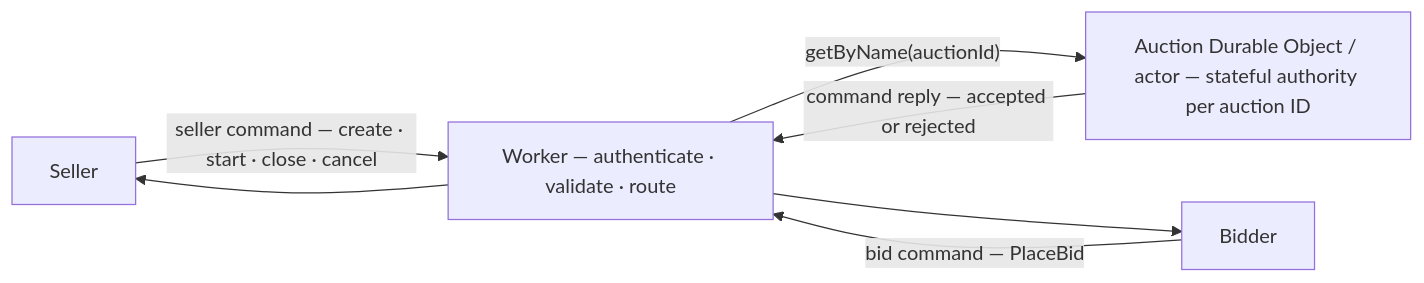
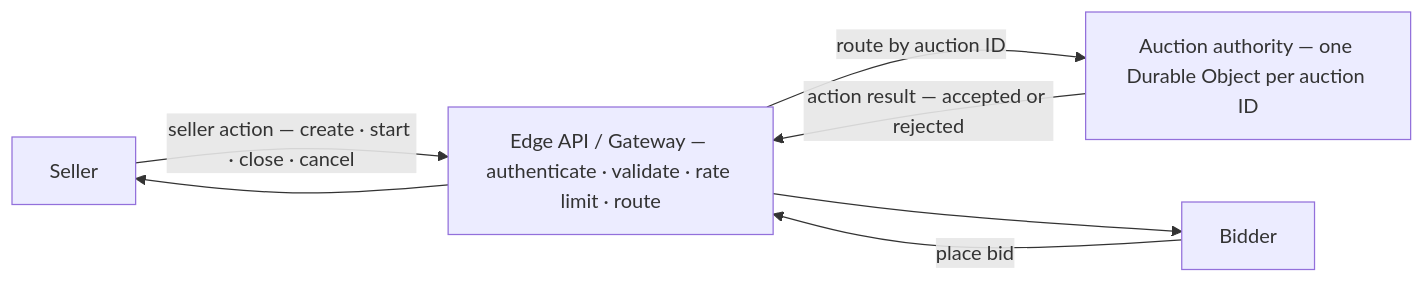
The second of 12 diagrams in SYSTEM_DESIGN.md (aranlucas/live-auction), drawn with Mermaid before and after one commit. The commit also changed other lines of this file, not shown here.

Commit message:
docs: label the edge API gateway boundary

````diff
--- a/SYSTEM_DESIGN.md
+++ b/SYSTEM_DESIGN.md
@@ -176,14 +176,14 @@
 ```mermaid
 flowchart LR
     Seller[Seller]
     Bidder[Bidder]
-    Worker["Worker — authenticate · validate · route"]
-    Auction["Auction Durable Object / actor — stateful authority per auction ID"]
+    Gateway["Edge API / Gateway — authenticate · validate · rate limit · route"]
+    Auction["Auction authority — one Durable Object per auction ID"]
 
-    Seller -->|"seller command — create · start · close · cancel"| Worker
-    Bidder -->|"bid command — PlaceBid"| Worker
-    Worker -->|"getByName(auctionId)"| Auction
-    Auction -->|"command reply — accepted or rejected"| Worker
-    Worker --> Seller
-    Worker --> Bidder
+    Seller -->|"seller action — create · start · close · cancel"| Gateway
+    Bidder -->|place bid| Gateway
+    Gateway -->|"route by auction ID"| Auction
+    Auction -->|"action result — accepted or rejected"| Gateway
+    Gateway --> Seller
+    Gateway --> Bidder
 ```
````
